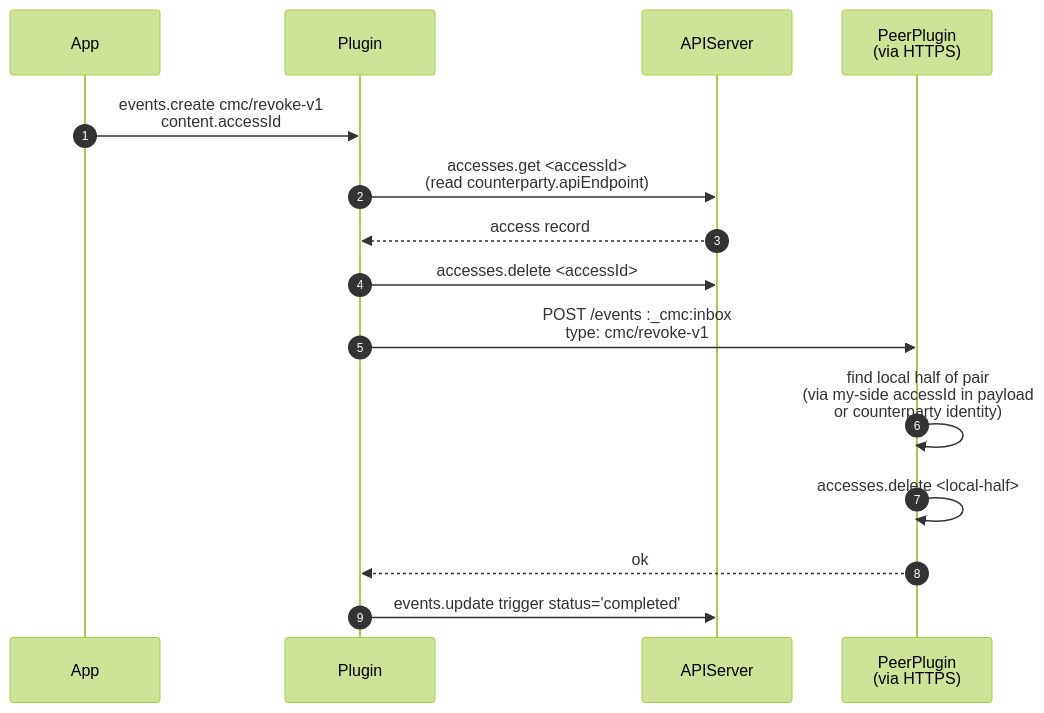
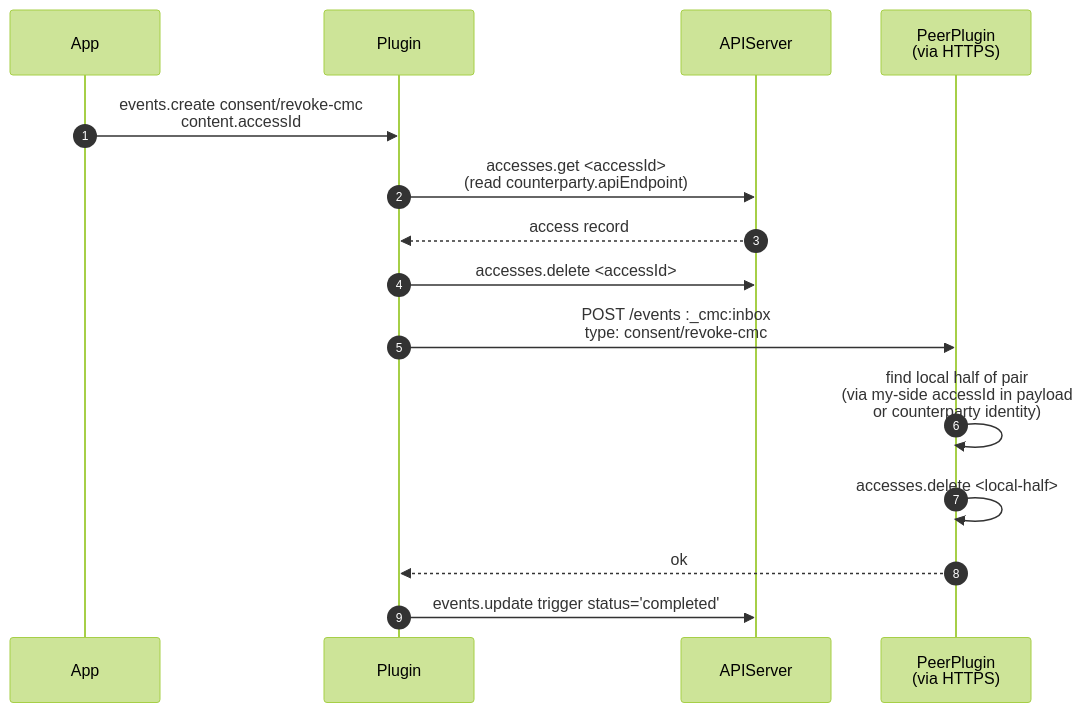
One commit to pryv/open-pryv.io changed diagram 13 of 14 in components/cmc/INTERNALS.md. Above: the diagram before and after it, drawn with Mermaid (forest theme). The commit also changed other lines of this file and 40 other files, not shown here.

````diff
--- a/components/cmc/INTERNALS.md
+++ b/components/cmc/INTERNALS.md
@@ -510,18 +510,18 @@
 ```mermaid
 sequenceDiagram
     autonumber
     participant App
     participant Plugin
     participant APIServer
     participant Peer as PeerPlugin<br/>(via HTTPS)
 
-    App->>Plugin: events.create cmc/revoke-v1<br/>content.accessId
+    App->>Plugin: events.create consent/revoke-cmc<br/>content.accessId
     Plugin->>APIServer: accesses.get <accessId><br/>(read counterparty.apiEndpoint)
     APIServer-->>Plugin: access record
     Plugin->>APIServer: accesses.delete <accessId>
-    Plugin->>Peer: POST /events :_cmc:inbox<br/>type: cmc/revoke-v1
+    Plugin->>Peer: POST /events :_cmc:inbox<br/>type: consent/revoke-cmc
     Peer->>Peer: find local half of pair<br/>(via my-side accessId in payload<br/>or counterparty identity)
     Peer->>Peer: accesses.delete <local-half>
     Peer-->>Plugin: ok
     Plugin->>APIServer: events.update trigger status='completed'
 ```
````
